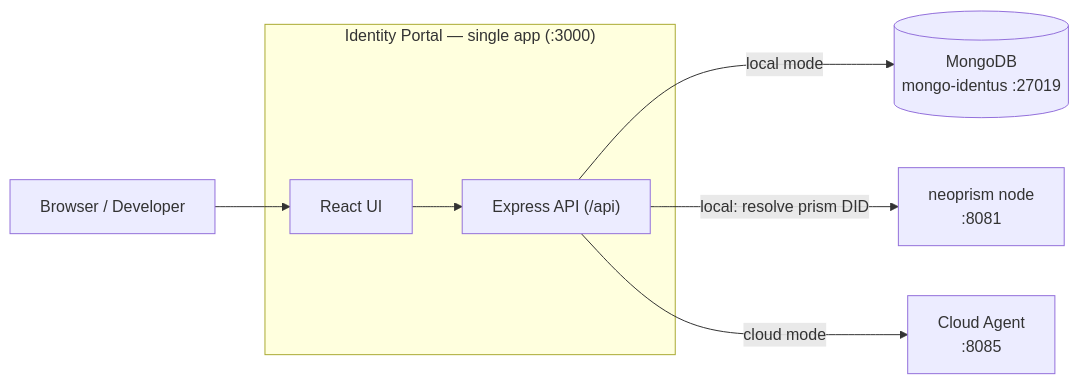
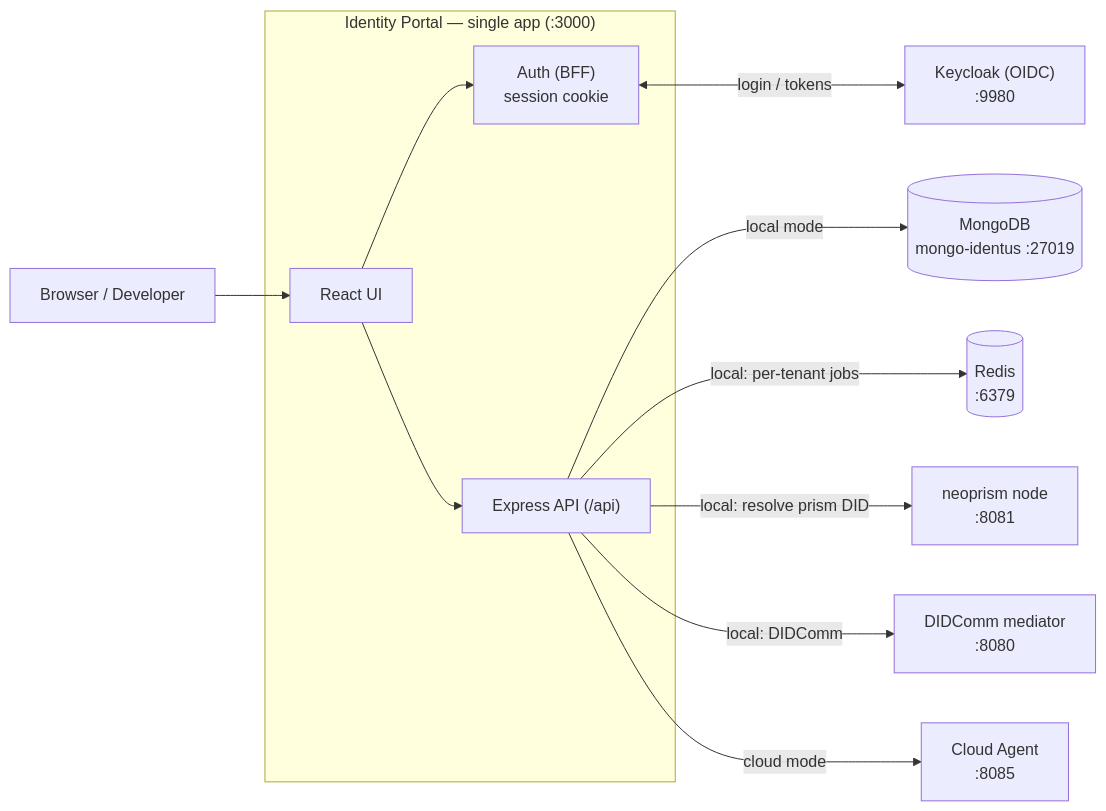
One commit to hyperledger-identus/identity-portal changed the first of 4 diagrams in docs/architecture.md. Above: the diagram before and after it, drawn with Mermaid. The commit also changed other lines of this file and 5 other files, not shown here.

First line of the commit message:
docs: refresh architecture and local-development for multi-tenancy, auth, and Phase 2

````diff
--- a/docs/architecture.md
+++ b/docs/architecture.md
@@ -25,19 +31,27 @@
 ```mermaid
 flowchart LR
   user["Browser / Developer"]
+  kc["Keycloak (OIDC)<br/>:9980"]
 
   subgraph portal["Identity Portal — single app (:3000)"]
     ui["React UI"]
+    auth["Auth (BFF)<br/>session cookie"]
     api["Express API (/api)"]
   end
 
   mongo[("MongoDB<br/>mongo-identus :27019")]
+  redis[("Redis<br/>:6379")]
   neoprism["neoprism node<br/>:8081"]
+  mediator["DIDComm mediator<br/>:8080"]
   cloud["Cloud Agent<br/>:8085"]
 
   user --> ui
+  ui --> auth
+  auth <-->|login / tokens| kc
   ui --> api
   api -->|local mode| mongo
+  api -->|local: per-tenant jobs| redis
   api -->|local: resolve prism DID| neoprism
+  api -->|local: DIDComm| mediator
   api -->|cloud mode| cloud
 ```
````
